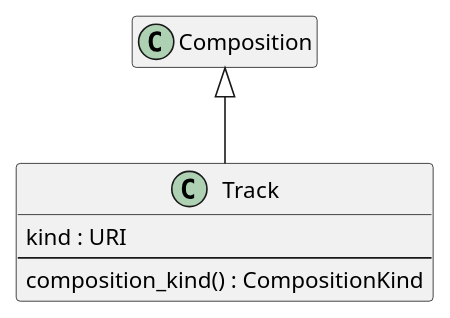
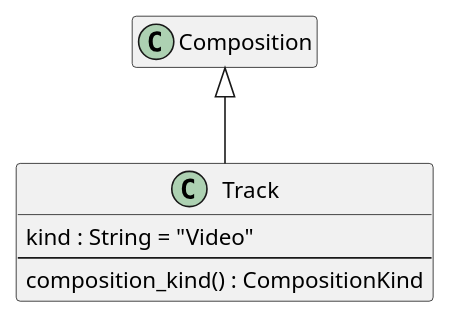
Before and after one commit to sandflow/otio-core-specification: the seventh of 32 diagrams in src/main/md/otio-core.md, drawn with PlantUML. The commit also changed other lines of this file, not shown here.

````diff
--- a/src/main/md/otio-core.md
+++ b/src/main/md/otio-core.md
@@ -410,15 +408,15 @@
 ```puml
 @startuml
 hide empty members
 skinparam classAttributeIconSize 0
 
 Composition <|-- Track
 
 class Track {
-  kind : URI
+  kind : String = "Video"
   --
   composition_kind() : CompositionKind
 }
 
 @enduml
 ```
````
